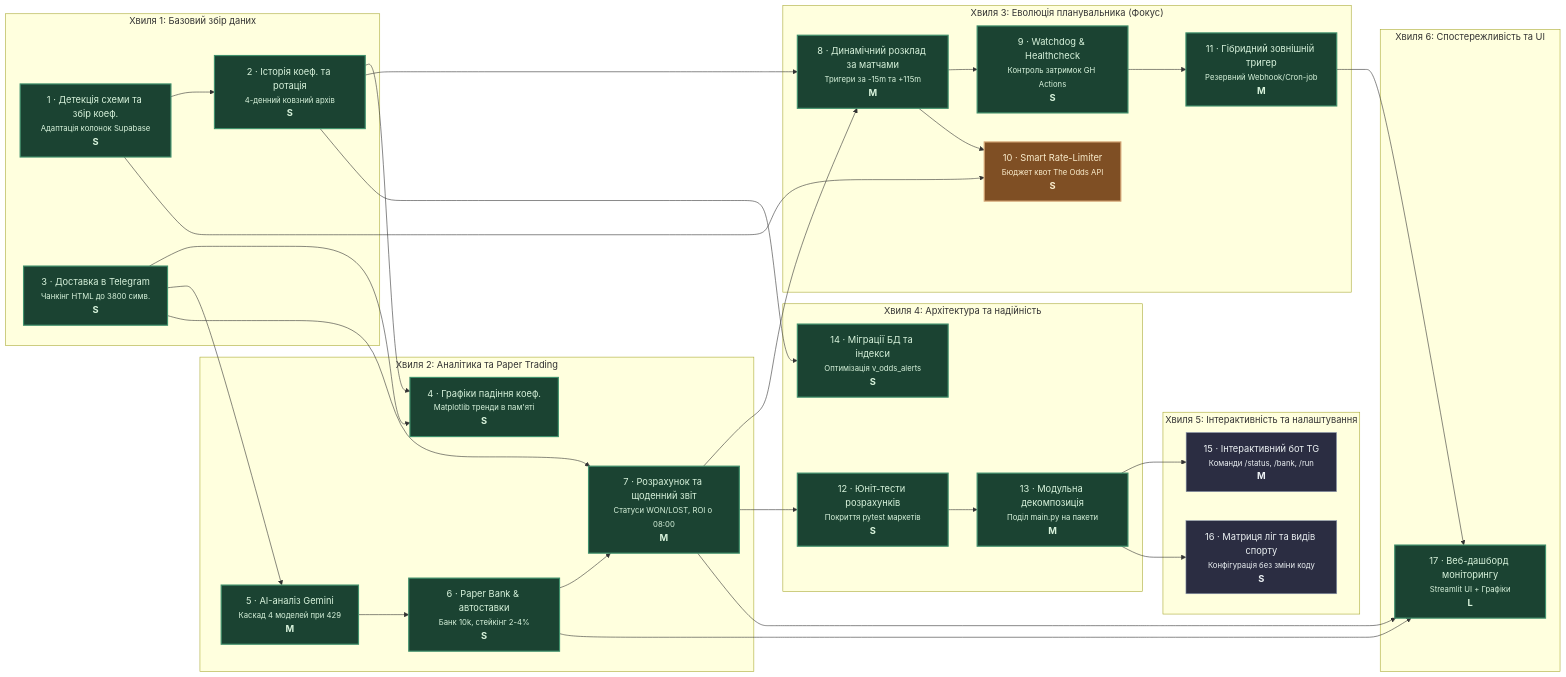
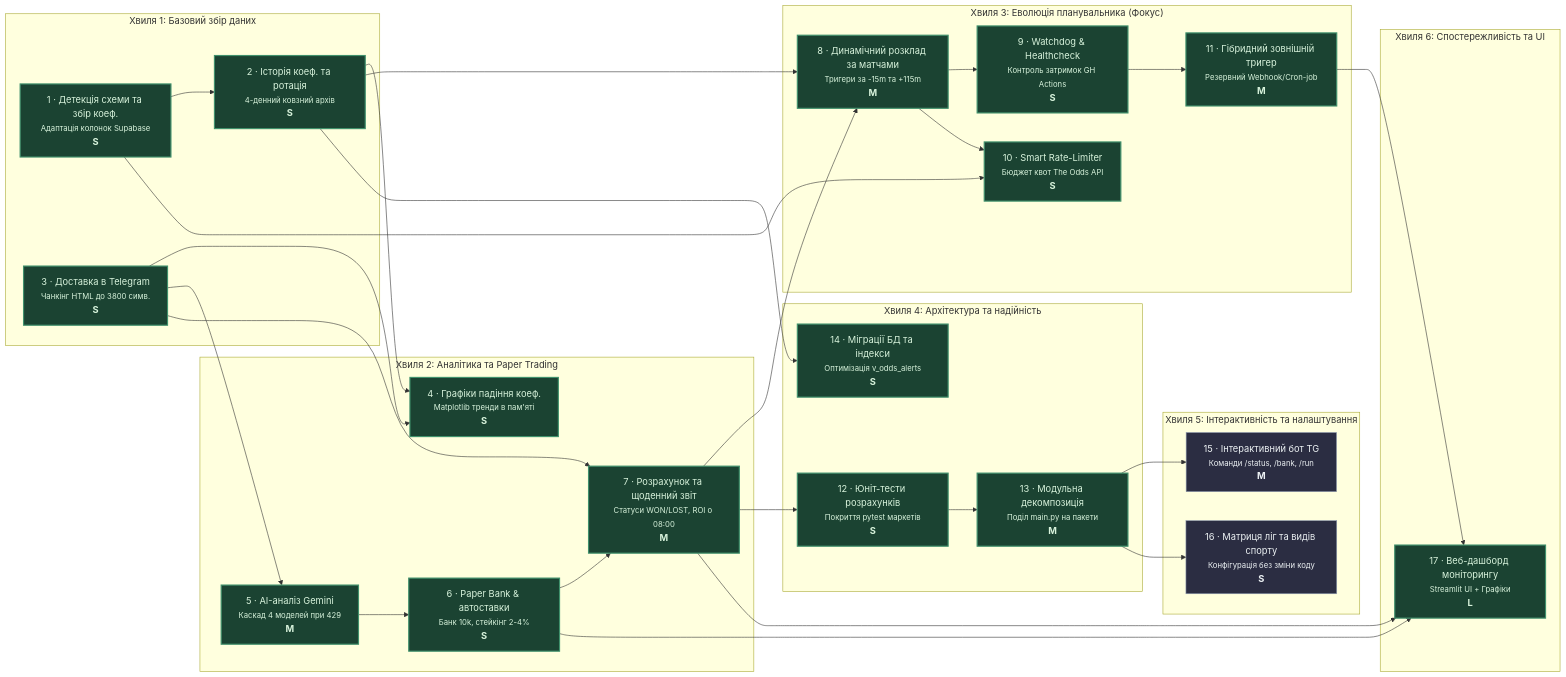
Before and after one commit to vsymchak/StatMonitor: the diagram in docs/roadmap-diagram.md, drawn with Mermaid. The commit also changed other lines of this file and 13 other files, not shown here.

Commit message:
feat: implement smart rate-limiter and api credit budgeter (step 10)

````diff
--- a/docs/roadmap-diagram.md
+++ b/docs/roadmap-diagram.md
@@ -8,73 +8,73 @@
 ```mermaid
 flowchart LR
     classDef shipped fill:#1b4332,stroke:#40916c,color:#d8f3dc,stroke-width:2px;
     classDef in_progress fill:#7f4f24,stroke:#d4a373,color:#faedcd,stroke-width:2px;
     classDef idea fill:#2b2d42,stroke:#8d99ae,color:#edf2f4,stroke-width:1px;
     classDef fog fill:#1e1e24,stroke:#4a4e69,color:#9a8c98,stroke-width:1px,stroke-dasharray: 4 4;
 
     subgraph Wave1["Хвиля 1: Базовий збір даних"]
         1["1 · Детекція схеми та збір коеф.<br><small>Адаптація колонок Supabase</small><br><b>S</b>"]:::shipped
         2["2 · Історія коеф. та ротація<br><small>4-денний ковзний архів</small><br><b>S</b>"]:::shipped
         3["3 · Доставка в Telegram<br><small>Чанкінг HTML до 3800 симв.</small><br><b>S</b>"]:::shipped
     end
 
     subgraph Wave2["Хвиля 2: Аналітика та Paper Trading"]
         4["4 · Графіки падіння коеф.<br><small>Matplotlib тренди в пам'яті</small><br><b>S</b>"]:::shipped
         5["5 · AI-аналіз Gemini<br><small>Каскад 4 моделей при 429</small><br><b>M</b>"]:::shipped
         6["6 · Paper Bank & автоставки<br><small>Банк 10k, стейкінг 2-4%</small><br><b>S</b>"]:::shipped
         7["7 · Розрахунок та щоденний звіт<br><small>Статуси WON/LOST, ROI о 08:00</small><br><b>M</b>"]:::shipped
     end
 
     subgraph Wave3["Хвиля 3: Еволюція планувальника (Фокус)"]
         8["8 · Динамічний розклад за матчами<br><small>Тригери за -15m та +115m</small><br><b>M</b>"]:::shipped
         9["9 · Watchdog & Healthcheck<br><small>Контроль затримок GH Actions</small><br><b>S</b>"]:::shipped
-        10["10 · Smart Rate-Limiter<br><small>Бюджет квот The Odds API</small><br><b>S</b>"]:::in_progress
+        10["10 · Smart Rate-Limiter<br><small>Бюджет квот The Odds API</small><br><b>S</b>"]:::shipped
         11["11 · Гібридний зовнішній тригер<br><small>Резервний Webhook/Cron-job</small><br><b>M</b>"]:::shipped
     end
 
     subgraph Wave4["Хвиля 4: Архітектура та надійність"]
         12["12 · Юніт-тести розрахунків<br><small>Покриття pytest маркетів</small><br><b>S</b>"]:::shipped
         13["13 · Модульна декомпозиція<br><small>Поділ main.py на пакети</small><br><b>M</b>"]:::shipped
         14["14 · Міграції БД та індекси<br><small>Оптимізація v_odds_alerts</small><br><b>S</b>"]:::shipped
     end
 
     subgraph Wave5["Хвиля 5: Інтерактивність та налаштування"]
         15["15 · Інтерактивний бот TG<br><small>Команди /status, /bank, /run</small><br><b>M</b>"]:::idea
         16["16 · Матриця ліг та видів спорту<br><small>Конфігурація без зміни коду</small><br><b>S</b>"]:::idea
     end
 
     subgraph Wave6["Хвиля 6: Спостережливість та UI"]
         17["17 · Веб-дашборд моніторингу<br><small>Streamlit UI + Графіки</small><br><b>L</b>"]:::shipped
     end
 
     %% Залежності Хвилі 1 і 2
     1 --> 2
     2 --> 4
     3 --> 4
     3 --> 5
     5 --> 6
     6 --> 7
     3 --> 7
 
     %% Залежності Хвилі 3 (Планувальник)
     2 --> 8
     7 --> 8
     8 --> 9
     1 --> 10
     8 --> 10
     9 --> 11
 
     %% Залежності Хвилі 4
     7 --> 12
     12 --> 13
     2 --> 14
 
     %% Залежності Хвилі 5
     13 --> 15
     13 --> 16
 
     %% Wave 6 connections
     6 --> 17
     7 --> 17
     11 --> 17
 ```
````
